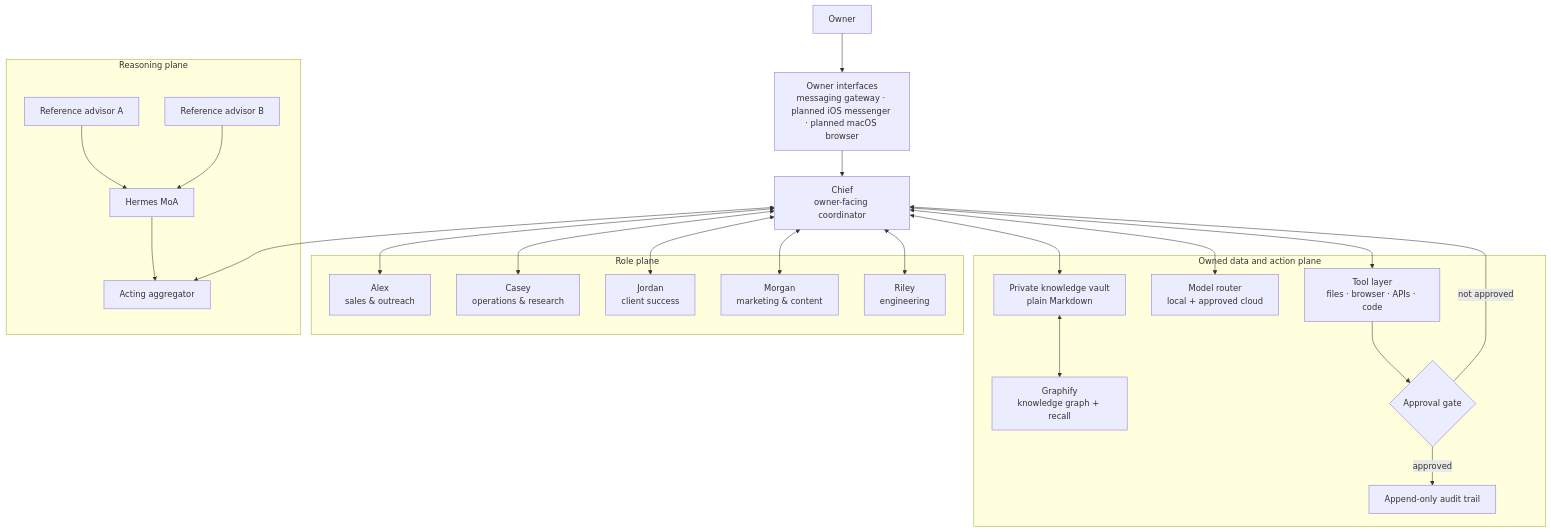
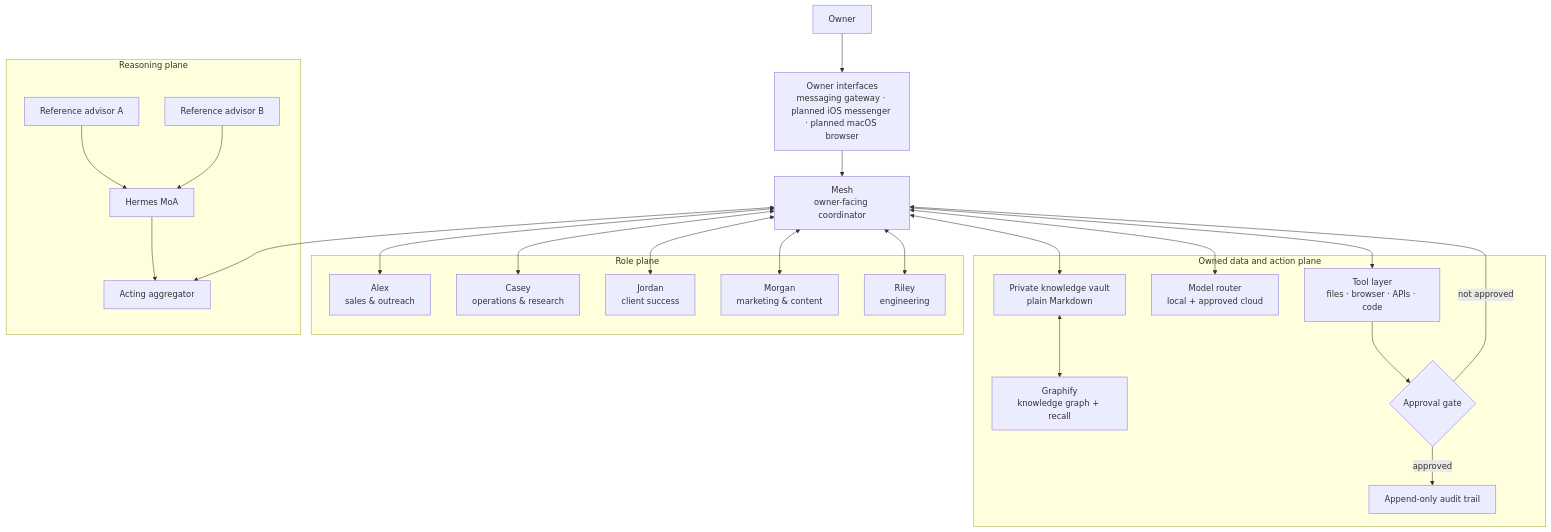
One commit to thefiredev-cloud/meshvault-agentic-architecture changed the first of 5 diagrams in README.md. Above: the diagram before and after it, drawn with Mermaid. The commit also changed other lines of this file, not shown here.

Commit message:
docs: rename Chief to Mesh (front-door identity canon 2026-07-25)

````diff
--- a/README.md
+++ b/README.md
@@ -20,48 +20,48 @@
 ```mermaid
 flowchart TB
     Owner["Owner"]
     Channels["Owner interfaces\nmessaging gateway · planned iOS messenger · planned macOS browser"]
-    Chief["Chief\nowner-facing coordinator"]
+    Mesh["Mesh\nowner-facing coordinator"]
 
     subgraph Reasoning["Reasoning plane"]
         MoA["Hermes MoA"]
         RefA["Reference advisor A"]
         RefB["Reference advisor B"]
         Agg["Acting aggregator"]
         RefA --> MoA
         RefB --> MoA
         MoA --> Agg
     end
 
     subgraph Specialists["Role plane"]
         Alex["Alex\nsales & outreach"]
         Casey["Casey\noperations & research"]
         Jordan["Jordan\nclient success"]
         Morgan["Morgan\nmarketing & content"]
         Riley["Riley\nengineering"]
     end
 
     subgraph OwnedStack["Owned data and action plane"]
         Vault["Private knowledge vault\nplain Markdown"]
         Graphify["Graphify\nknowledge graph + recall"]
         Tools["Tool layer\nfiles · browser · APIs · code"]
         Models["Model router\nlocal + approved cloud"]
         Audit["Append-only audit trail"]
         Gate{"Approval gate"}
     end
 
-    Owner --> Channels --> Chief
-    Chief <--> Agg
-    Chief <--> Alex
-    Chief <--> Casey
-    Chief <--> Jordan
-    Chief <--> Morgan
-    Chief <--> Riley
+    Owner --> Channels --> Mesh
+    Mesh <--> Agg
+    Mesh <--> Alex
+    Mesh <--> Casey
+    Mesh <--> Jordan
+    Mesh <--> Morgan
+    Mesh <--> Riley
 
-    Chief <--> Vault
+    Mesh <--> Vault
     Vault <--> Graphify
-    Chief <--> Models
-    Chief --> Tools --> Gate
+    Mesh <--> Models
+    Mesh --> Tools --> Gate
     Gate -->|approved| Audit
-    Gate -->|not approved| Chief
+    Gate -->|not approved| Mesh
 ```
````
